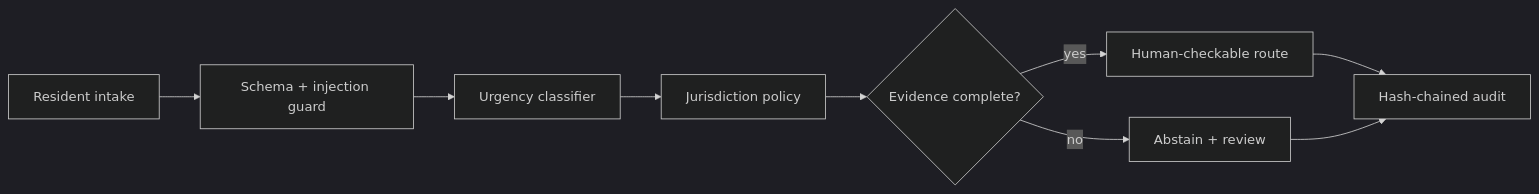
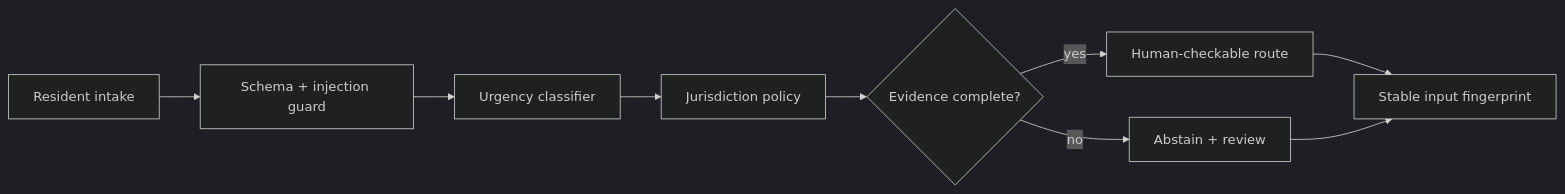
One commit to Jermaine-Anugwom/relayops-ai changed the diagram in README.md. Above: the diagram before and after it, drawn with Mermaid (dark theme). The commit also changed other lines of this file and 15 other files, not shown here.

````diff
--- a/README.md
+++ b/README.md
@@ -29,11 +29,11 @@
 ```mermaid
 flowchart LR
   A[Resident intake] --> B[Schema + injection guard]
   B --> C[Urgency classifier]
   C --> D[Jurisdiction policy]
   D --> E{Evidence complete?}
   E -->|yes| F[Human-checkable route]
   E -->|no| G[Abstain + review]
-  F --> H[Hash-chained audit]
+  F --> H[Stable input fingerprint]
   G --> H
 ```
````
